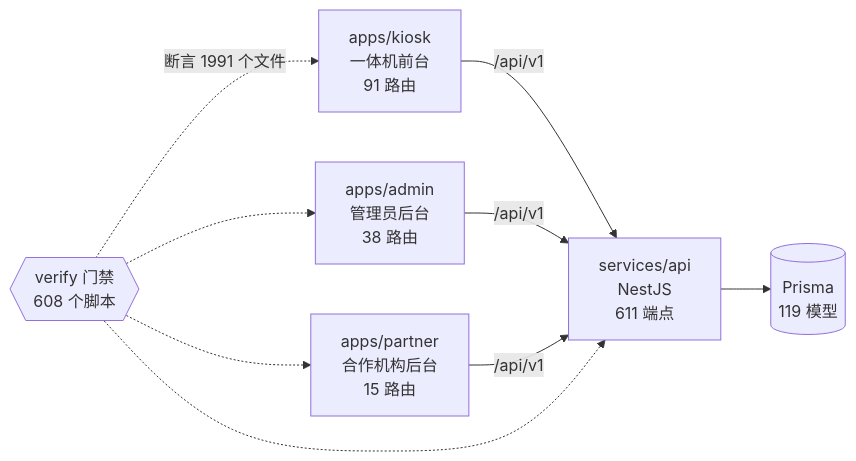
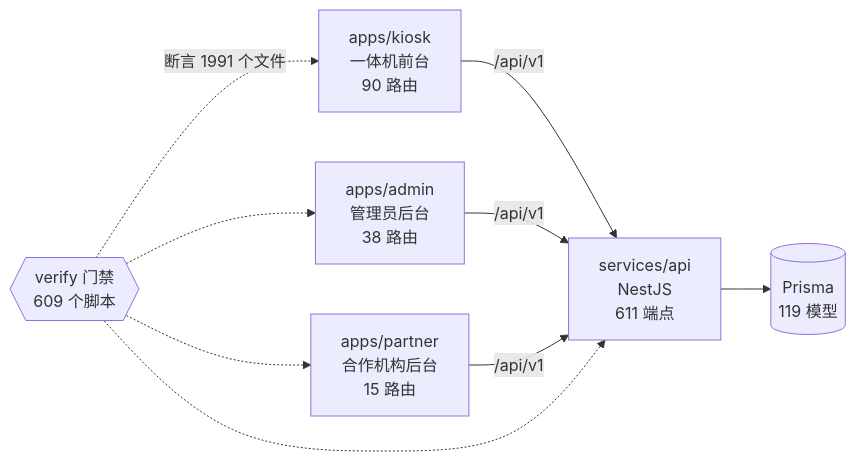
One commit to wanglei581/YITIJI changed the diagram in docs/graph/README.md. Above: the diagram before and after it, drawn with Mermaid. The commit also changed other lines of this file and 5 other files, not shown here.

Commit message:
停放门禁补列能力校验模块（只被停放的两个 hook 与两个区页引用）；图谱重生成

````diff
--- a/docs/graph/README.md
+++ b/docs/graph/README.md
@@ -68,18 +68,18 @@
 ```mermaid
 flowchart LR
-  kiosk["apps/kiosk<br/>一体机前台<br/>91 路由"]
+  kiosk["apps/kiosk<br/>一体机前台<br/>90 路由"]
   admin["apps/admin<br/>管理员后台<br/>38 路由"]
   partner["apps/partner<br/>合作机构后台<br/>15 路由"]
   api["services/api<br/>NestJS<br/>611 端点"]
   db[("Prisma<br/>119 模型")]
-  gates{{"verify 门禁<br/>608 个脚本"}}
+  gates{{"verify 门禁<br/>609 个脚本"}}
 
   kiosk -->|"/api/v1"| api
   admin -->|"/api/v1"| api
   partner -->|"/api/v1"| api
   api --> db
   gates -.->|"断言 1991 个文件"| kiosk
   gates -.-> admin
   gates -.-> partner
   gates -.-> api
 ```
````
